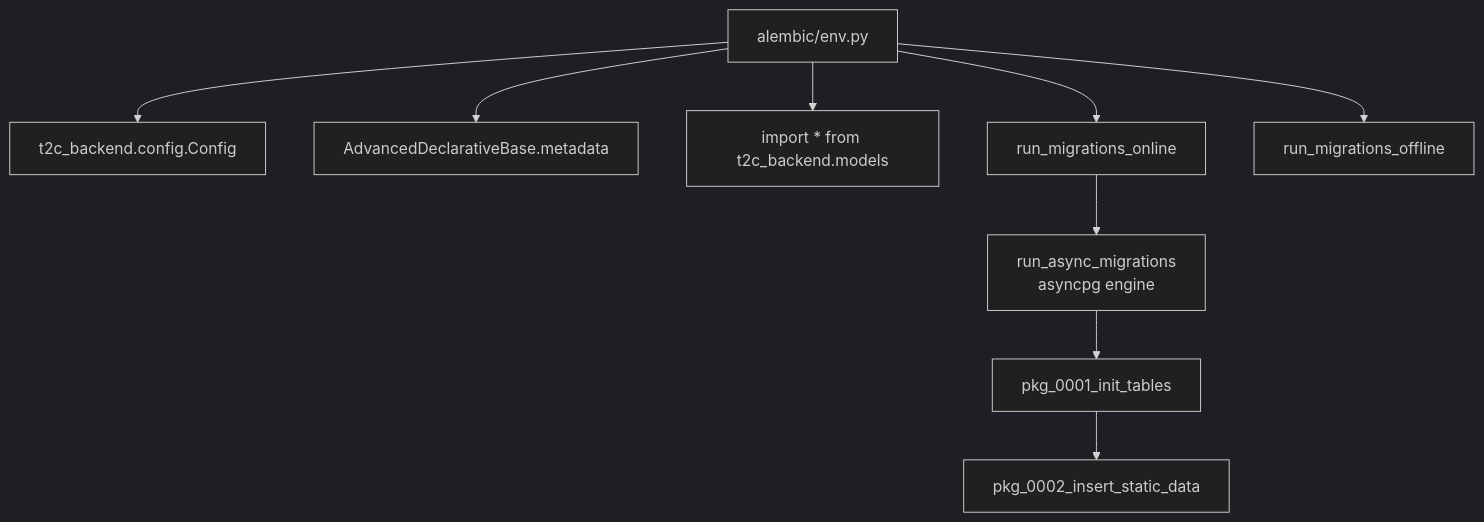
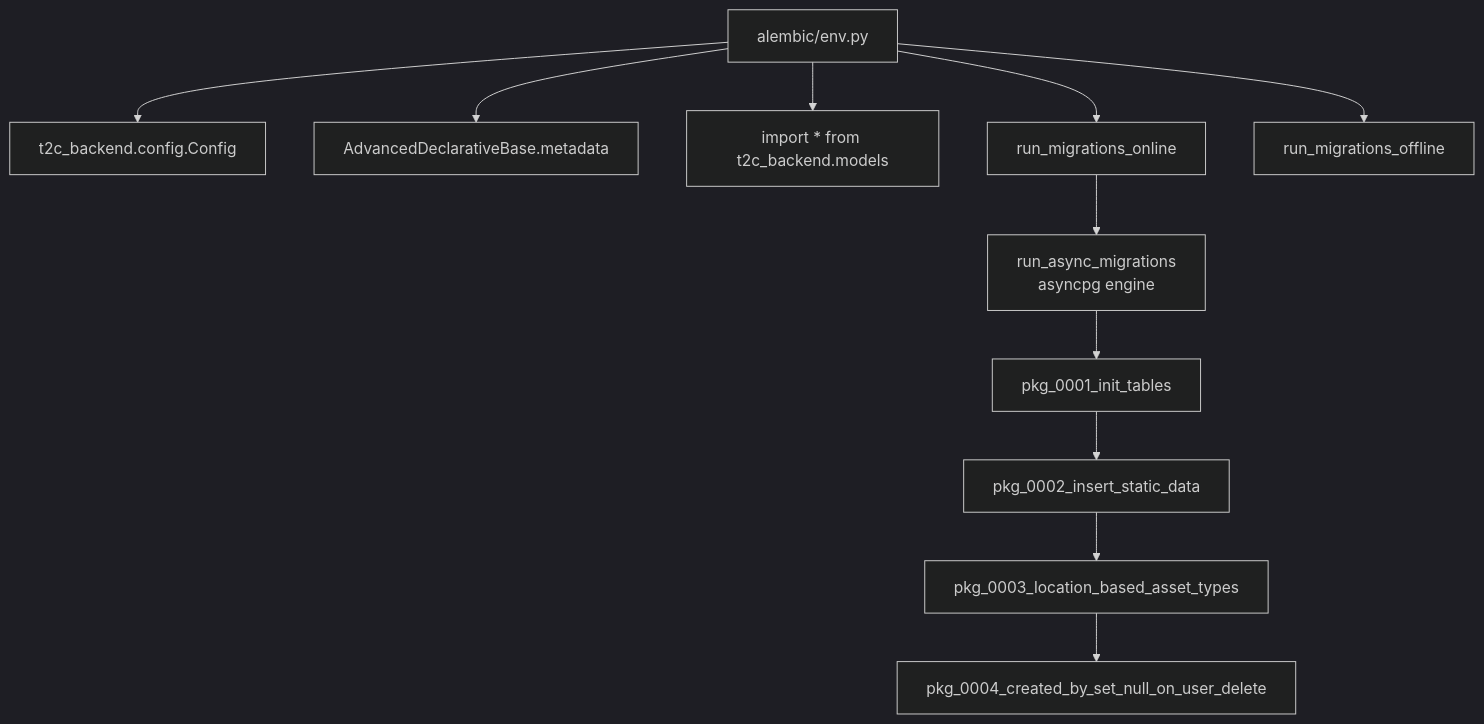
One commit to Tap2Cloud/backend-public changed the first of 2 diagrams in docs/wiki/database-migrations.md. Above: the diagram before and after it, drawn with Mermaid (dark theme). The commit also changed other lines of this file and 12 other files, not shown here.

````diff
--- a/docs/wiki/database-migrations.md
+++ b/docs/wiki/database-migrations.md
@@ -9,11 +9,13 @@
 ```mermaid
 graph TD
   Env[alembic/env.py] --> Cfg[t2c_backend.config.Config]
   Env --> Meta[AdvancedDeclarativeBase.metadata]
   Env --> Models[import * from t2c_backend.models]
   Env --> Online[run_migrations_online]
   Env --> Offline[run_migrations_offline]
   Online --> Async[run_async_migrations<br/>asyncpg engine]
   Async --> V1[pkg_0001_init_tables]
   V1 --> V2[pkg_0002_insert_static_data]
+  V2 --> V3[pkg_0003_location_based_asset_types]
+  V3 --> V4[pkg_0004_created_by_set_null_on_user_delete]
 ```
````
